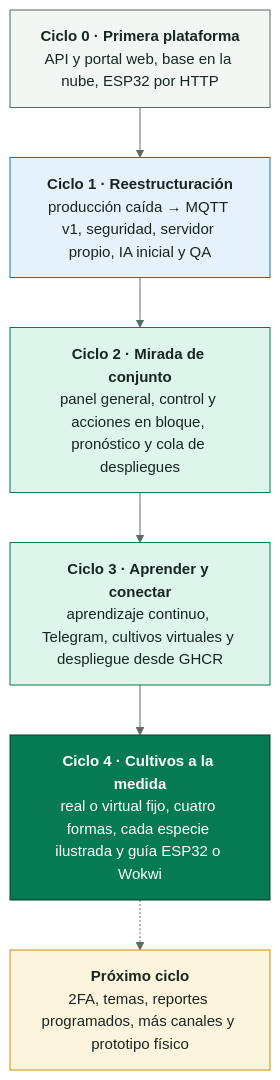
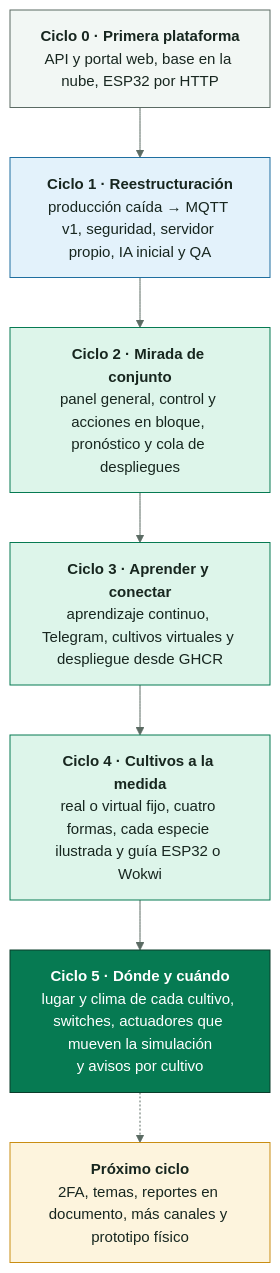
One commit to SmartPotTech/.github changed the diagram in docs/diagrams/SmartPot_35_Improvement_Cycles.mmd. Above: the diagram before and after it, drawn with Mermaid.

Commit message:
Add the fifth improvement cycle
Placement and weather, actuator switches and per-crop alerts close the latest cycle.

```diff
--- a/docs/diagrams/SmartPot_35_Improvement_Cycles.mmd
+++ b/docs/diagrams/SmartPot_35_Improvement_Cycles.mmd
@@ -1,22 +1,24 @@
 %%{init: {"theme": "base", "fontFamily": "Segoe UI, Arial, sans-serif", "themeVariables": {"fontFamily": "Segoe UI, Arial, sans-serif", "fontSize": "15px", "primaryColor": "#DDF5EA", "primaryTextColor": "#17261F", "primaryBorderColor": "#067A52", "secondaryColor": "#E3F2FB", "secondaryTextColor": "#17261F", "secondaryBorderColor": "#1F6FA0", "tertiaryColor": "#F2F7F4", "tertiaryTextColor": "#17261F", "tertiaryBorderColor": "#D5E3DC", "lineColor": "#5B6B63", "textColor": "#17261F", "mainBkg": "#DDF5EA", "nodeBorder": "#067A52", "clusterBkg": "#F7FAF8", "clusterBorder": "#D5E3DC", "edgeLabelBackground": "#FFFFFF", "actorBkg": "#067A52", "actorBorder": "#0B3D2B", "actorTextColor": "#FFFFFF", "actorLineColor": "#5B6B63", "signalColor": "#17261F", "signalTextColor": "#17261F", "labelBoxBkgColor": "#0B3D2B", "labelBoxBorderColor": "#0B3D2B", "labelTextColor": "#FFFFFF", "loopTextColor": "#0B3D2B", "noteBkgColor": "#FDF4DD", "noteBorderColor": "#C98D12", "noteTextColor": "#17261F", "activationBkgColor": "#DDF5EA", "activationBorderColor": "#067A52", "attributeBackgroundColorOdd": "#FFFFFF", "attributeBackgroundColorEven": "#F2F7F4"}}}%%
 flowchart TB
   c0["<b>Ciclo 0 · Primera plataforma</b><br/>API y portal web, base en la nube, ESP32 por HTTP"]
   c1["<b>Ciclo 1 · Reestructuración</b><br/>producción caída → MQTT v1, seguridad, servidor propio, IA inicial y QA"]
   c2["<b>Ciclo 2 · Mirada de conjunto</b><br/>panel general, control y acciones en bloque, pronóstico y cola de despliegues"]
   c3["<b>Ciclo 3 · Aprender y conectar</b><br/>aprendizaje continuo, Telegram, cultivos virtuales y despliegue desde GHCR"]
   c4["<b>Ciclo 4 · Cultivos a la medida</b><br/>real o virtual fijo, cuatro formas, cada especie ilustrada y guía ESP32 o Wokwi"]
-  c5["<b>Próximo ciclo</b><br/>2FA, temas, reportes programados, más canales y prototipo físico"]
-  c0 --> c1 --> c2 --> c3 --> c4 -.-> c5
+  c5["<b>Ciclo 5 · Dónde y cuándo</b><br/>lugar y clima de cada cultivo, switches, actuadores que mueven la simulación<br/>y avisos por cultivo"]
+  c6["<b>Próximo ciclo</b><br/>2FA, temas, reportes en documento, más canales y prototipo físico"]
+  c0 --> c1 --> c2 --> c3 --> c4 --> c5 -.-> c6
   classDef leaf fill:#DDF5EA,stroke:#067A52,color:#17261F
   classDef water fill:#E3F2FB,stroke:#1F6FA0,color:#17261F
   classDef sun fill:#FDF4DD,stroke:#C98D12,color:#17261F
   classDef clay fill:#FBE9E1,stroke:#B85A38,color:#17261F
   classDef core fill:#067A52,stroke:#0B3D2B,color:#FFFFFF
   classDef deep fill:#0B3D2B,stroke:#06281C,color:#FFFFFF
   classDef muted fill:#F2F7F4,stroke:#5B6B63,color:#17261F
   class c0 muted
   class c1 water
   class c2 leaf
   class c3 leaf
-  class c4 core
-  class c5 sun
+  class c4 leaf
+  class c5 core
+  class c6 sun
```
